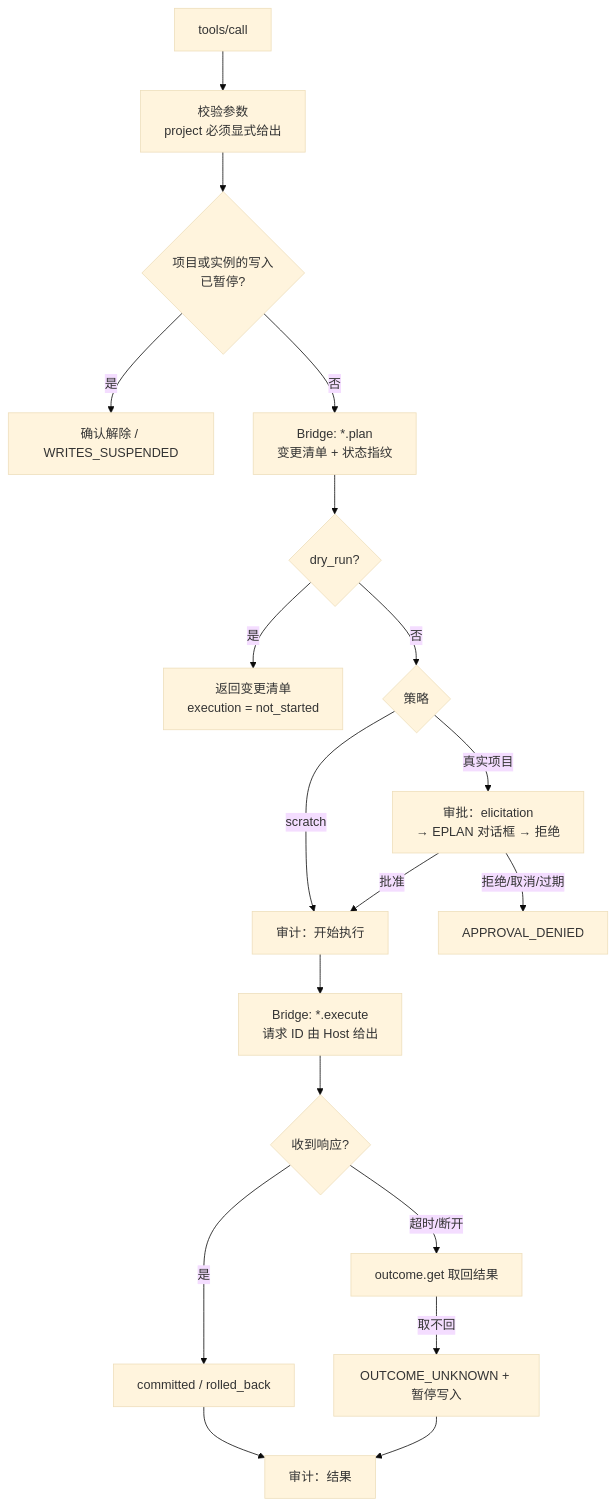
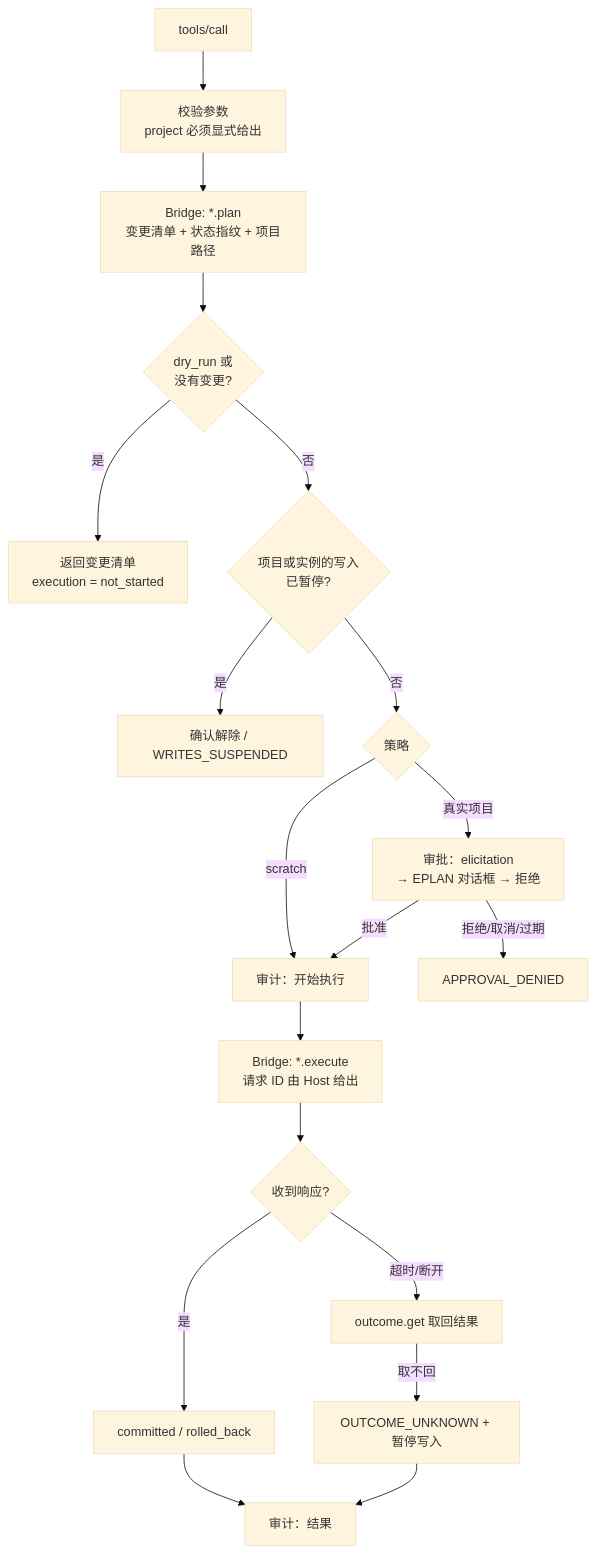
Before and after one commit to asckye/eplan-mcp: the diagram in docs/design/2026-10-19-m3-safe-writes.md, drawn with Mermaid (base theme). The commit also changed 5 other files, not shown here.

````diff
--- a/docs/design/2026-10-19-m3-safe-writes.md
+++ b/docs/design/2026-10-19-m3-safe-writes.md
@@ -52,21 +52,21 @@
 ```mermaid
 flowchart TD
     A[tools/call] --> B[校验参数<br/>project 必须显式给出]
-    B --> C{项目或实例的写入<br/>已暂停?}
+    B --> D[Bridge: *.plan<br/>变更清单 + 状态指纹 + 项目路径]
+    D --> E{dry_run 或<br/>没有变更?}
+    E -- 是 --> E1[返回变更清单<br/>execution = not_started]
+    E -- 否 --> C{项目或实例的写入<br/>已暂停?}
     C -- 是 --> C1[确认解除 / WRITES_SUSPENDED]
-    C -- 否 --> D[Bridge: *.plan<br/>变更清单 + 状态指纹]
-    D --> E{dry_run?}
-    E -- 是 --> E1[返回变更清单<br/>execution = not_started]
-    E -- 否 --> F{策略}
+    C -- 否 --> F{策略}
     F -- scratch --> H
     F -- 真实项目 --> G[审批：elicitation<br/>→ EPLAN 对话框 → 拒绝]
     G -- 批准 --> H[审计：开始执行]
     G -- 拒绝/取消/过期 --> G1[APPROVAL_DENIED]
     H --> I[Bridge: *.execute<br/>请求 ID 由 Host 给出]
     I --> J{收到响应?}
     J -- 是 --> K[committed / rolled_back]
     J -- 超时/断开 --> L[outcome.get 取回结果]
     L -- 取不回 --> M[OUTCOME_UNKNOWN + 暂停写入]
     K --> N[审计：结果]
     M --> N
 ```
````
